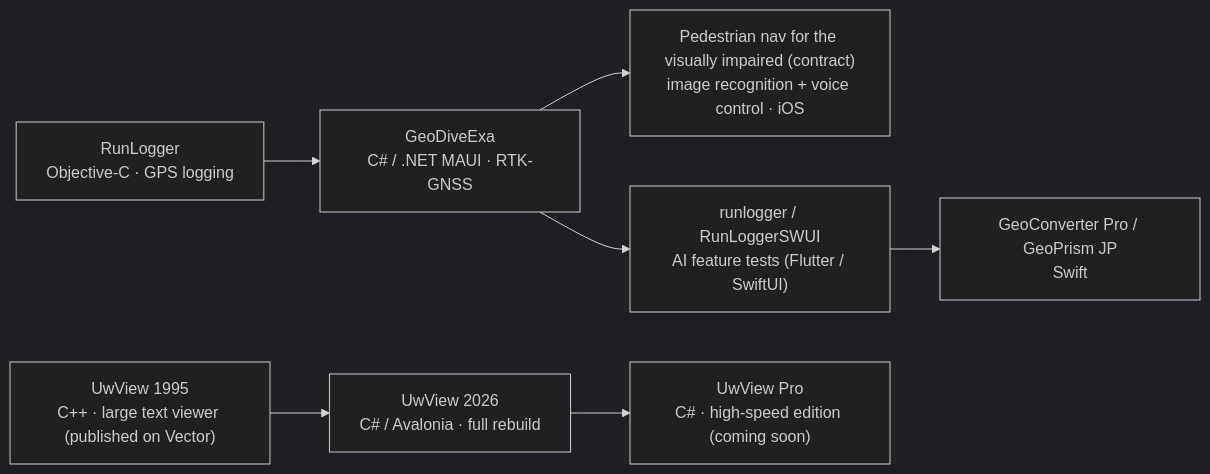
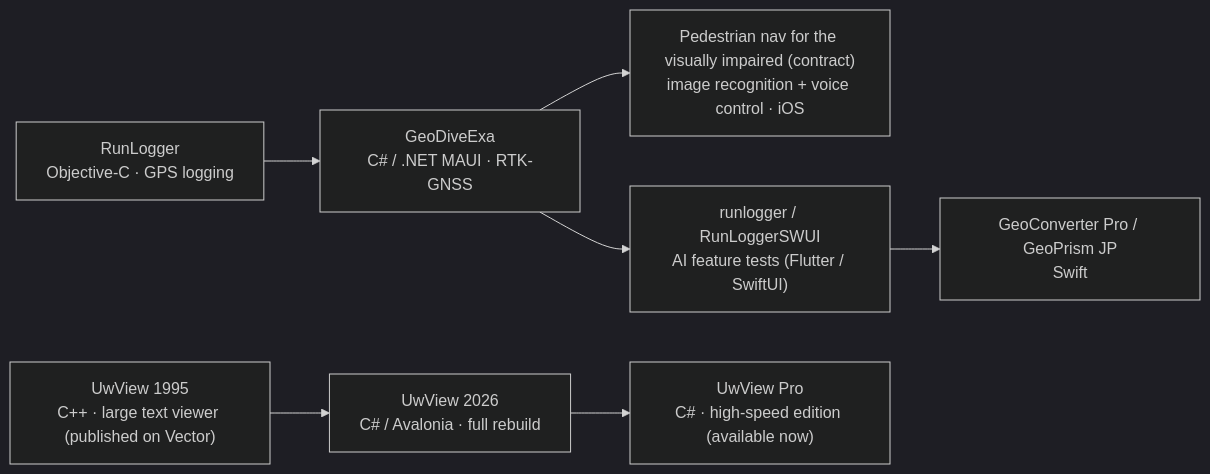
Before and after one commit to amru195704/amru195704: the diagram in README.en.md, drawn with Mermaid (dark theme). The commit also changed other lines of this file and 1 other file, not shown here.

````diff
--- a/README.en.md
+++ b/README.en.md
@@ -83,9 +83,9 @@
 ```mermaid
 flowchart LR
     RL["RunLogger<br/>Objective-C · GPS logging"] --> GDE["GeoDiveExa<br/>C# / .NET MAUI · RTK-GNSS"]
     GDE --> NAVI["Pedestrian nav for the visually impaired (contract)<br/>image recognition + voice control · iOS"]
     GDE --> TEST["runlogger / RunLoggerSWUI<br/>AI feature tests (Flutter / SwiftUI)"]
     TEST --> SWIFT["GeoConverter Pro / GeoPrism JP<br/>Swift"]
     UW1995["UwView 1995<br/>C++ · large text viewer (published on Vector)"] --> UW2026["UwView 2026<br/>C# / Avalonia · full rebuild"]
-    UW2026 --> UWPRO["UwView Pro<br/>C# · high-speed edition (coming soon)"]
+    UW2026 --> UWPRO["UwView Pro<br/>C# · high-speed edition (available now)"]
 ```
````
